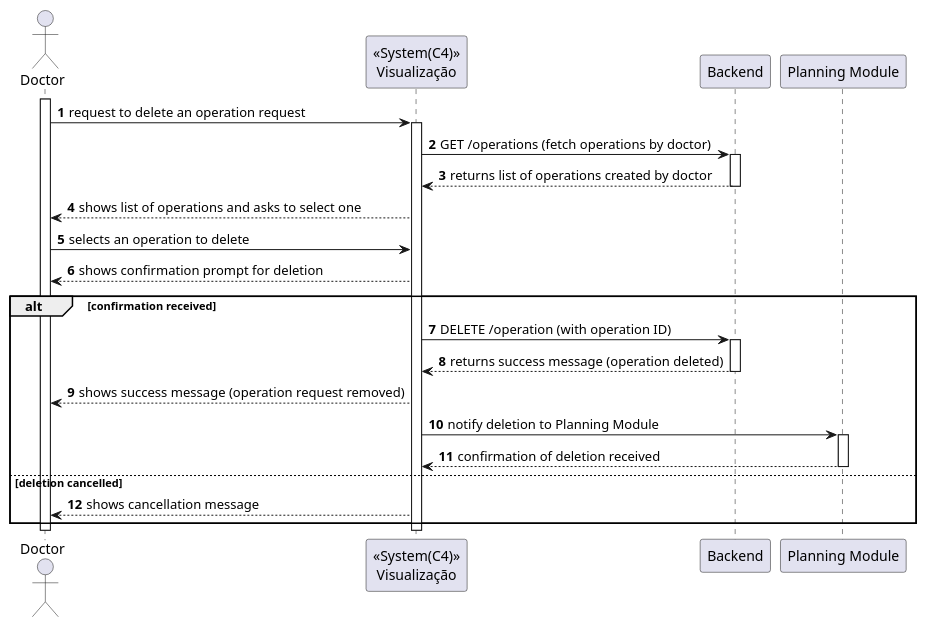
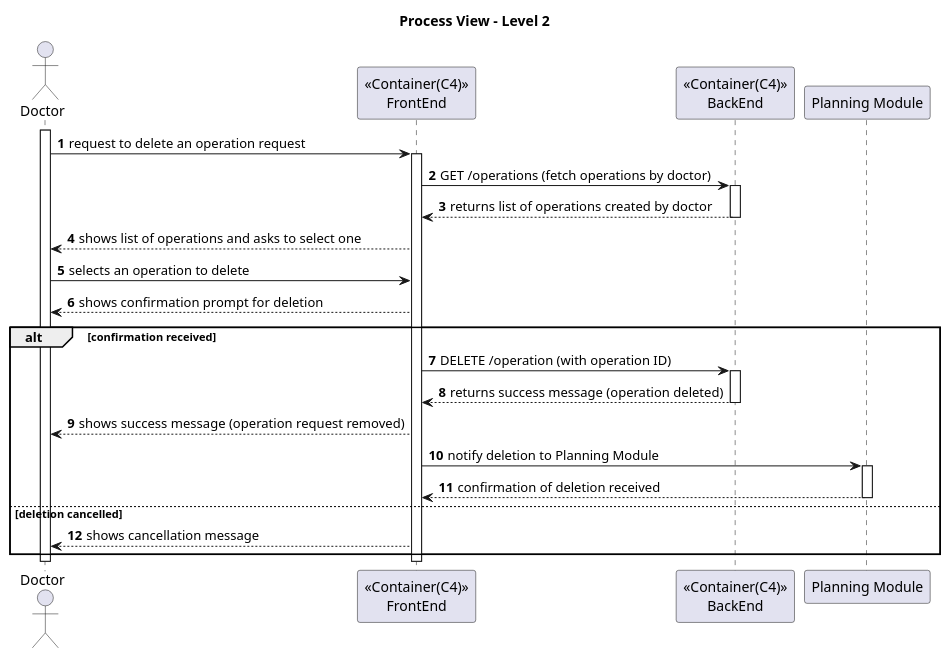
Before and after one commit to Saquinho74/LAPR5: the diagram in Docs/SprintA/US18/level2/process_view.puml, drawn with PlantUML. The commit also changed 2 other files, not shown here.

Commit message:
#18 Process view levels updated Logical changes

```diff
--- a/Docs/SprintA/US18/level2/process_view.puml
+++ b/Docs/SprintA/US18/level2/process_view.puml
@@ -1,59 +1,62 @@
 @startuml
 'https://plantuml.com/sequence-diagram
 
 autonumber
 actor Doctor as doc
-participant "<<System(C4)>>\nVisualização" as sys
-participant "Backend" as backend
+participant "<<Container(C4)>>\nFrontEnd" as sys
+participant "<<Container(C4)>>\nBackEnd" as BackEnd
 participant "Planning Module" as planning
+
+title Process View - Level 2
+
 
 activate doc
 
 doc -> sys: request to delete an operation request
 
 activate sys
 
-sys -> backend : GET /operations (fetch operations by doctor)
+sys -> BackEnd : GET /operations (fetch operations by doctor)
 
-activate backend
+activate BackEnd
 
-backend --> sys : returns list of operations created by doctor
+BackEnd --> sys : returns list of operations created by doctor
 
-deactivate backend
+deactivate BackEnd
 
 sys --> doc: shows list of operations and asks to select one
 
 doc -> sys: selects an operation to delete
 
 sys --> doc: shows confirmation prompt for deletion
 
 alt confirmation received
 
-    sys -> backend : DELETE /operation (with operation ID)
+    sys -> BackEnd : DELETE /operation (with operation ID)
 
-    activate backend
+    activate BackEnd
 
-    backend --> sys : returns success message (operation deleted)
+    BackEnd --> sys : returns success message (operation deleted)
 
-    deactivate backend
+    deactivate BackEnd
 
     sys --> doc: shows success message (operation request removed)
 
     sys -> planning: notify deletion to Planning Module
 
     activate planning
 
     planning --> sys: confirmation of deletion received
 
     deactivate planning
 
 else deletion cancelled
 
     sys --> doc: shows cancellation message
 
 end
 
 deactivate sys
 deactivate doc
 
 @enduml
```
